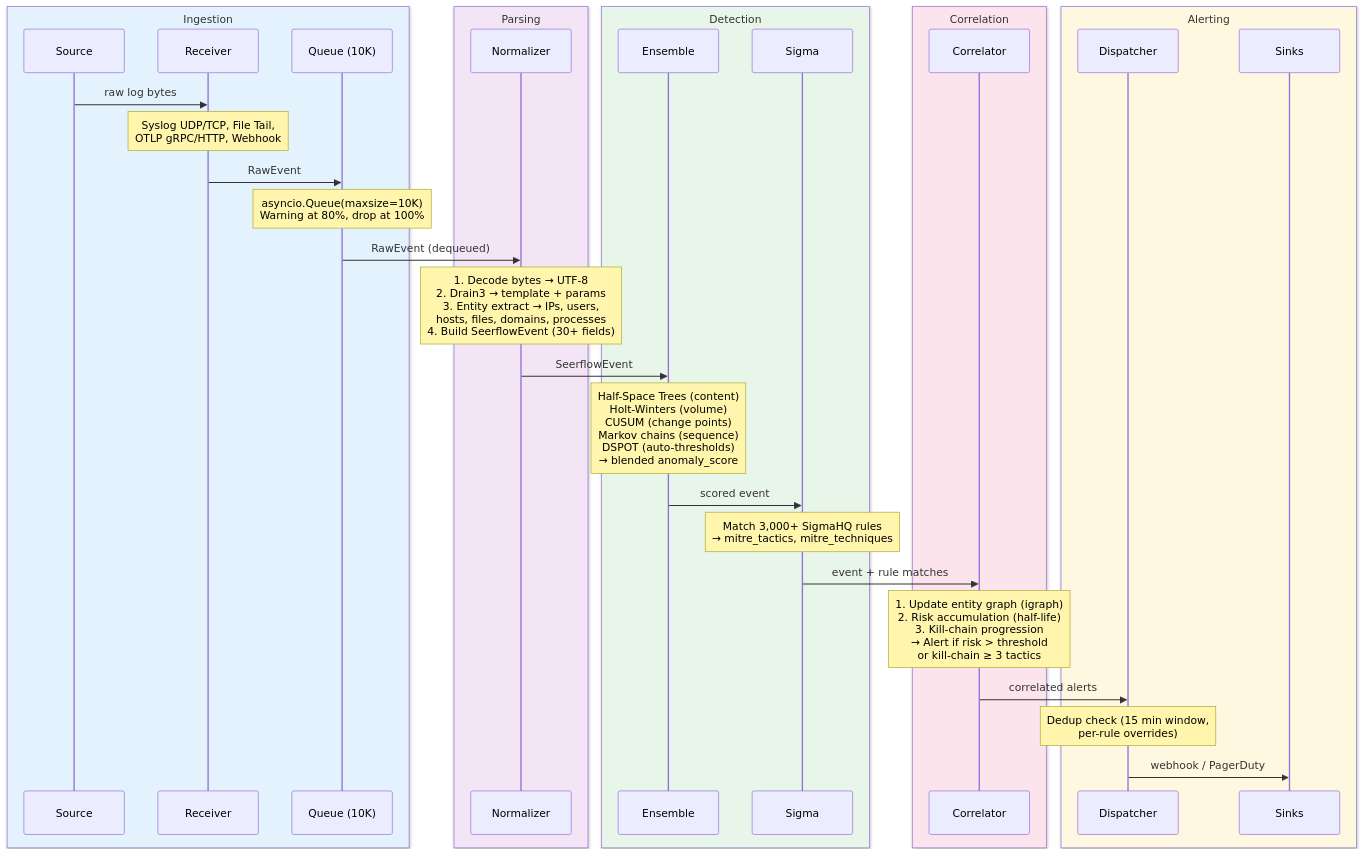
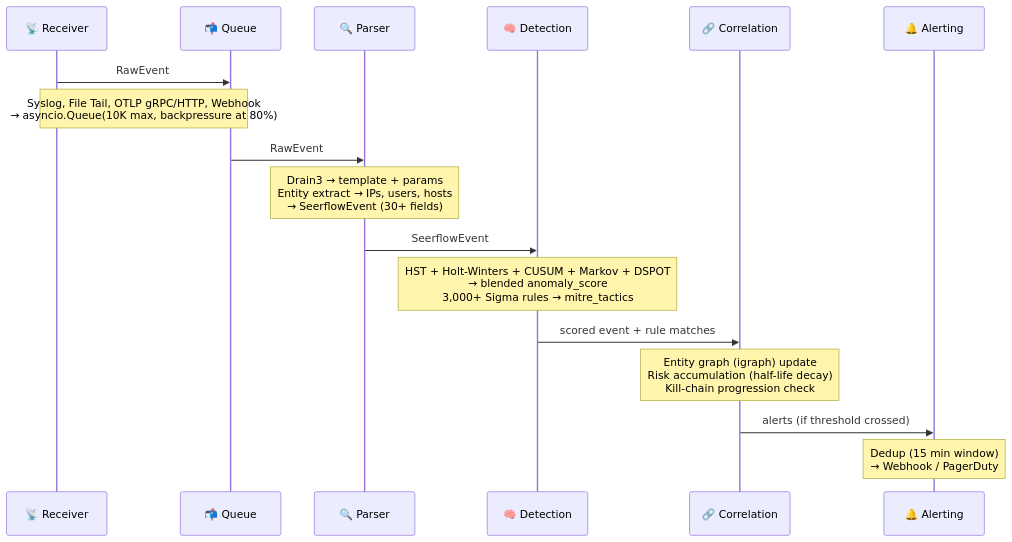
Before and after one commit to seerflow/seerflow-guide: the diagram in docs/architecture/pipeline.md, drawn with Mermaid. The commit also changed 4 other files, not shown here.

First line of the commit message:
fix: diagram readability — dark fills, click-to-zoom, simplified sequence diagram

````diff
--- a/docs/architecture/pipeline.md
+++ b/docs/architecture/pipeline.md
@@ -29,43 +31,24 @@
 ```mermaid
 sequenceDiagram
-    box rgb(227,242,253) Ingestion
-        participant Source
-        participant Recv as Receiver
-        participant Queue as Queue (10K)
-    end
-    box rgb(243,229,245) Parsing
-        participant Norm as Normalizer
-    end
-    box rgb(232,245,233) Detection
-        participant Det as Ensemble
-        participant Sigma
-    end
-    box rgb(252,228,236) Correlation
-        participant Corr as Correlator
-    end
-    box rgb(255,248,225) Alerting
-        participant Alert as Dispatcher
-        participant Sink as Sinks
-    end
+    participant Recv as 📡 Receiver
+    participant Queue as 📬 Queue
+    participant Parse as 🔍 Parser
+    participant Detect as 🧠 Detection
+    participant Corr as 🔗 Correlation
+    participant Alert as 🔔 Alerting
 
-    Source->>Recv: raw log bytes
-    Note over Recv: Syslog UDP/TCP, File Tail,<br/>OTLP gRPC/HTTP, Webhook
     Recv->>Queue: RawEvent
-    Note over Queue: asyncio.Queue(maxsize=10K)<br/>Warning at 80%, drop at 100%
+    Note over Recv,Queue: Syslog, File Tail, OTLP gRPC/HTTP, Webhook<br/>→ asyncio.Queue(10K max, backpressure at 80%)
 
-    Queue->>Norm: RawEvent (dequeued)
-    Note over Norm: 1. Decode bytes → UTF-8<br/>2. Drain3 → template + params<br/>3. Entity extract → IPs, users,<br/>   hosts, files, domains, processes<br/>4. Build SeerflowEvent (30+ fields)
+    Queue->>Parse: RawEvent
+    Note over Parse: Drain3 → template + params<br/>Entity extract → IPs, users, hosts<br/>→ SeerflowEvent (30+ fields)
 
-    Norm->>Det: SeerflowEvent
-    Note over Det: Half-Space Trees (content)<br/>Holt-Winters (volume)<br/>CUSUM (change points)<br/>Markov chains (sequence)<br/>DSPOT (auto-thresholds)<br/>→ blended anomaly_score
+    Parse->>Detect: SeerflowEvent
+    Note over Detect: HST + Holt-Winters + CUSUM + Markov + DSPOT<br/>→ blended anomaly_score<br/>3,000+ Sigma rules → mitre_tactics
 
-    Det->>Sigma: scored event
-    Note over Sigma: Match 3,000+ SigmaHQ rules<br/>→ mitre_tactics, mitre_techniques
+    Detect->>Corr: scored event + rule matches
+    Note over Corr: Entity graph (igraph) update<br/>Risk accumulation (half-life decay)<br/>Kill-chain progression check
 
-    Sigma->>Corr: event + rule matches
-    Note over Corr: 1. Update entity graph (igraph)<br/>2. Risk accumulation (half-life)<br/>3. Kill-chain progression<br/>→ Alert if risk > threshold<br/>   or kill-chain ≥ 3 tactics
-
-    Corr->>Alert: correlated alerts
-    Note over Alert: Dedup check (15 min window,<br/>per-rule overrides)
-    Alert->>Sink: webhook / PagerDuty
+    Corr->>Alert: alerts (if threshold crossed)
+    Note over Alert: Dedup (15 min window)<br/>→ Webhook / PagerDuty
 ```
````
